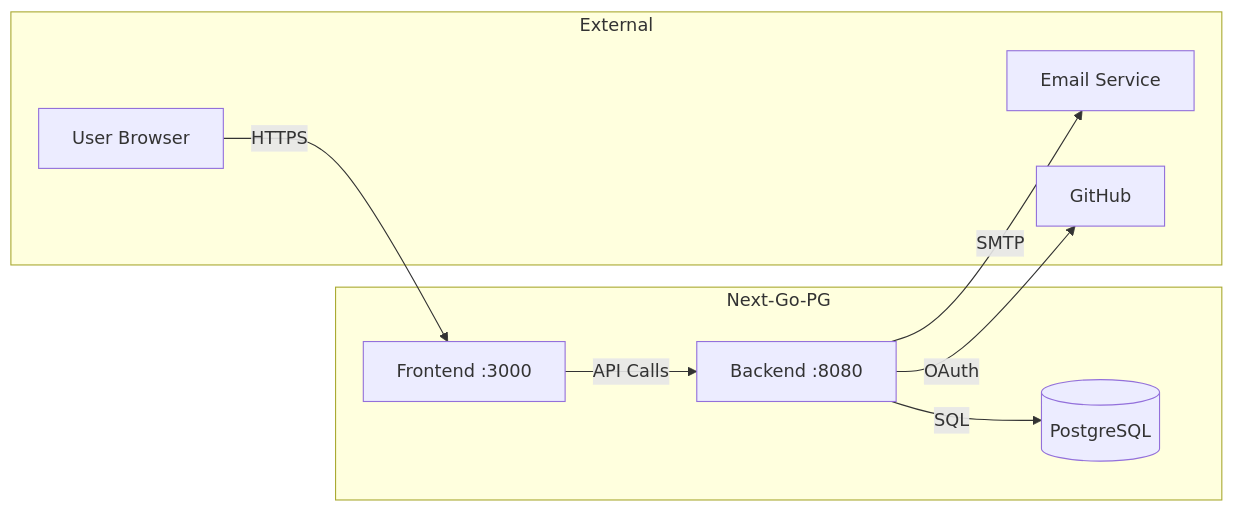
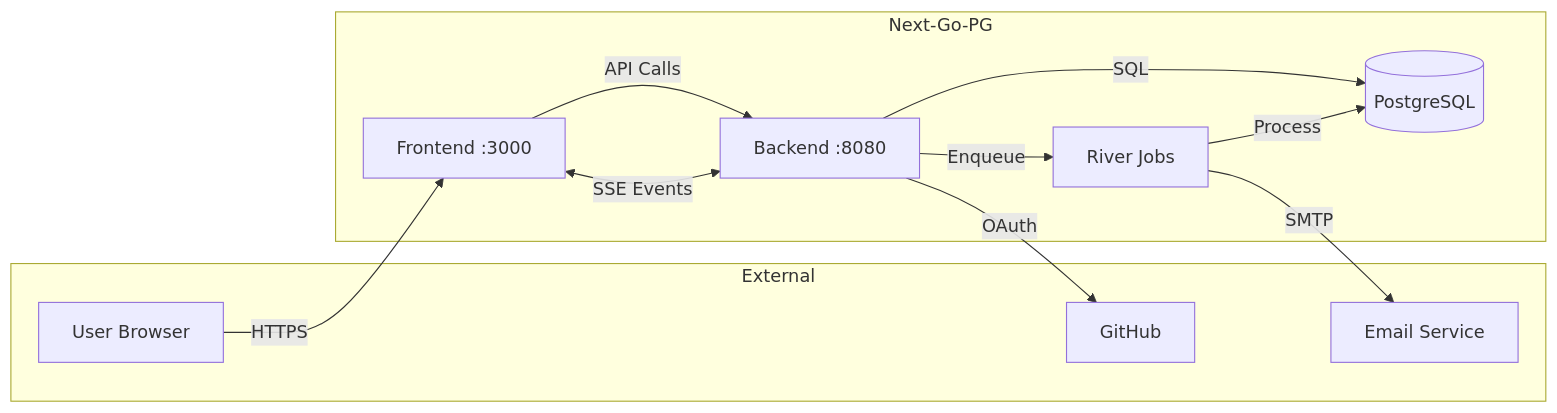
The second of 2 diagrams in .concepts/architecture/system-context.md (atilladeniz/next-go-pg), drawn with Mermaid before and after one commit. The commit also changed 30 other files, not shown here.

Commit message:
feat: River Background Jobs with Data Export (#36)

````diff
--- a/.concepts/architecture/system-context.md
+++ b/.concepts/architecture/system-context.md
@@ -49,20 +49,24 @@
 ```mermaid
 flowchart LR
     subgraph External
         U[User Browser]
         E[Email Service]
         G[GitHub]
     end
 
     subgraph Next-Go-PG
         F[Frontend :3000]
         B[Backend :8080]
         D[(PostgreSQL)]
+        R[River Jobs]
     end
 
     U -->|HTTPS| F
     F -->|API Calls| B
+    F <-->|SSE Events| B
     B -->|SQL| D
-    B -->|SMTP| E
+    B -->|Enqueue| R
+    R -->|Process| D
+    R -->|SMTP| E
     B -->|OAuth| G
 ```
````
